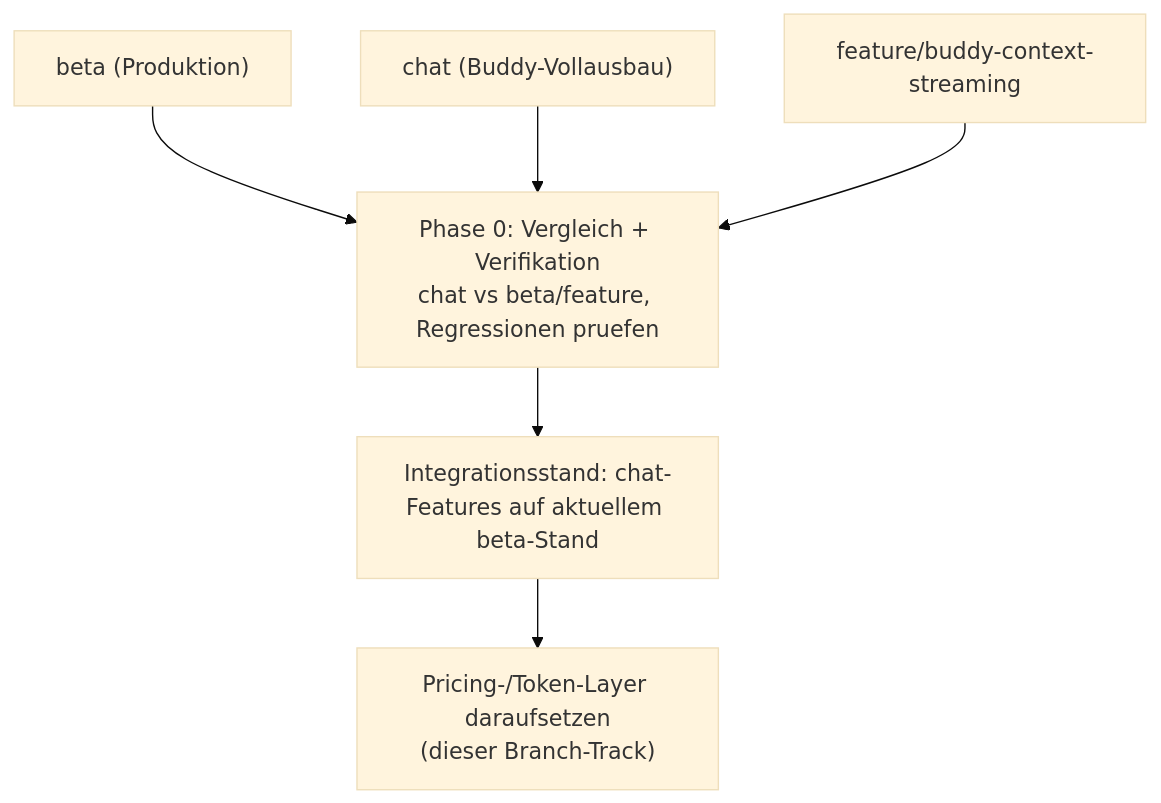
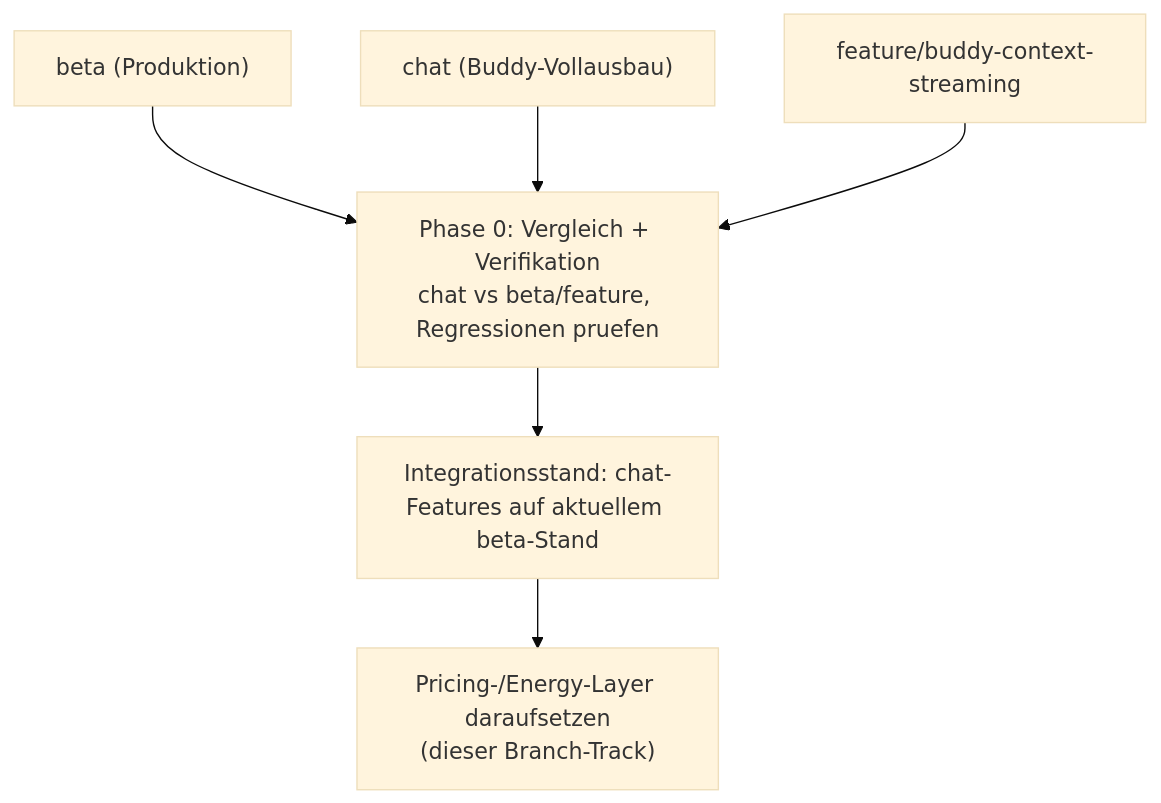
Before and after one commit to jaxn58/srpski-learn-buddy: the first of 2 diagrams in docs/restructure/04_BRANCH_KONSOLIDIERUNG_UND_ROADMAP.md, drawn with Mermaid (base theme). The commit also changed other lines of this file and 7 other files, not shown here.

````diff
--- a/docs/restructure/04_BRANCH_KONSOLIDIERUNG_UND_ROADMAP.md
+++ b/docs/restructure/04_BRANCH_KONSOLIDIERUNG_UND_ROADMAP.md
@@ -34,9 +34,9 @@
 ```mermaid
 flowchart TD
   beta["beta (Produktion)"] --> verify
   chat["chat (Buddy-Vollausbau)"] --> verify
   feat["feature/buddy-context-streaming"] --> verify
   verify["Phase 0: Vergleich + Verifikation<br/>chat vs beta/feature, Regressionen pruefen"] --> integ
   integ["Integrationsstand: chat-Features auf aktuellem beta-Stand"] --> layer
-  layer["Pricing-/Token-Layer daraufsetzen<br/>(dieser Branch-Track)"]
+  layer["Pricing-/Energy-Layer daraufsetzen<br/>(dieser Branch-Track)"]
 ```
````
